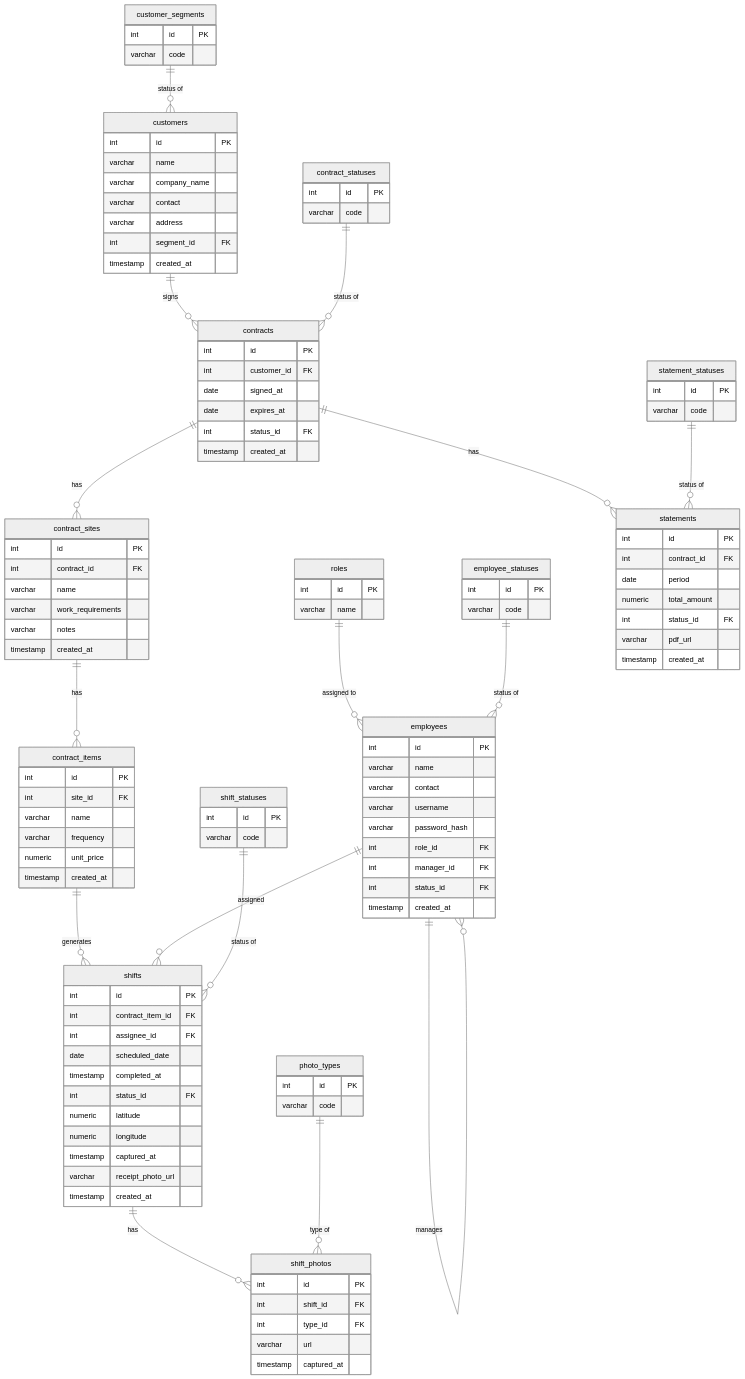
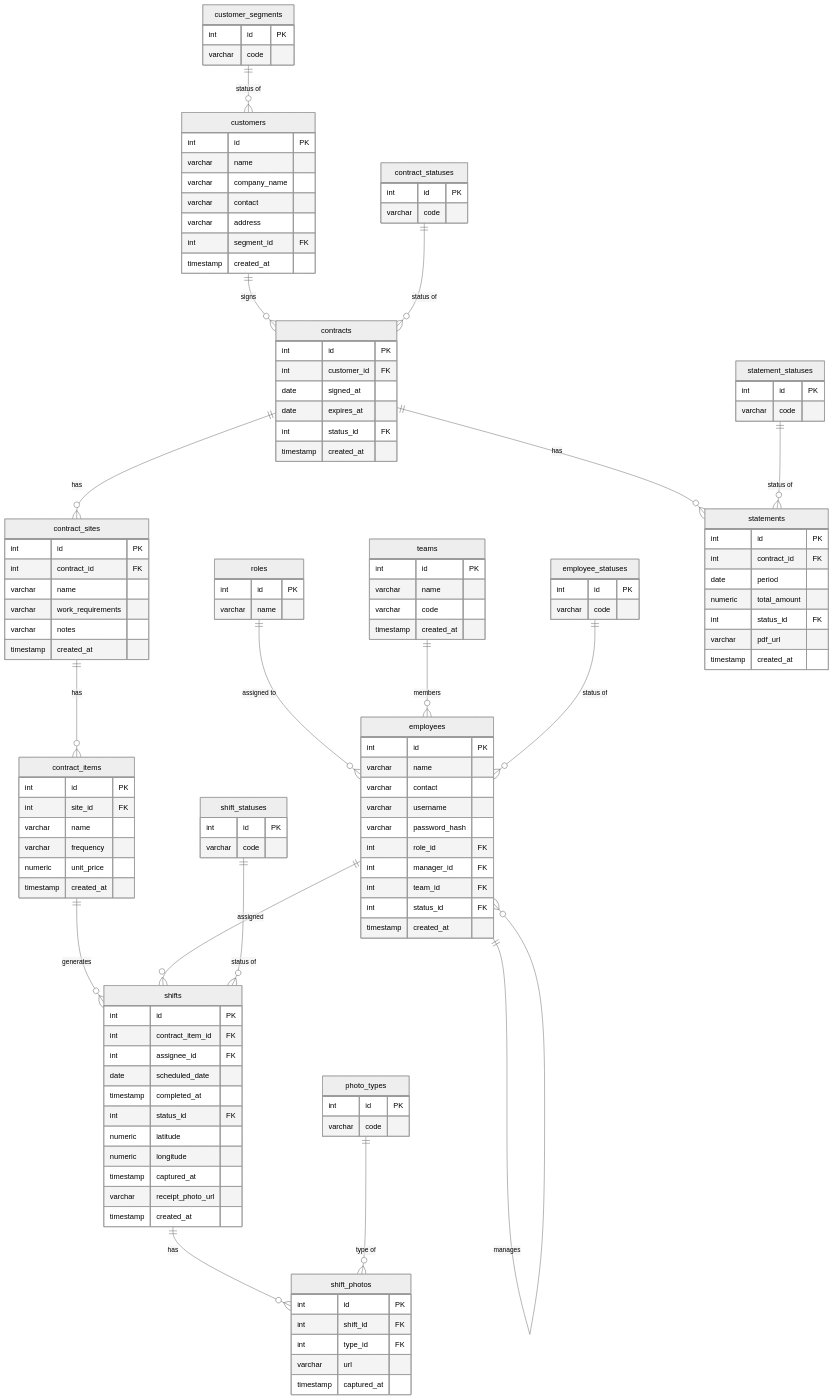
The diagram in db/erd.md (dDxCg/contrack), drawn with Mermaid (neutral theme) before and after one commit. The commit also changed 42 other files, not shown here.

Commit message:
docs: architecture and api spec

```diff
--- a/db/erd.md
+++ b/db/erd.md
@@ -4,6 +4,7 @@
 erDiagram
     roles ||--o{ employees : "assigned to"
     employees ||--o{ employees : "manages"
+    teams ||--o{ employees : "members"
     employee_statuses ||--o{ employees : "status of"
     customer_segments ||--o{ customers : "status of"
     customers ||--o{ contracts : "signs"
@@ -63,6 +64,13 @@
         timestamp created_at
     }
 
+    teams {
+        int id PK
+        varchar name
+        varchar code
+        timestamp created_at
+    }
+
     employees {
         int id PK
         varchar name
@@ -71,6 +79,7 @@
         varchar password_hash
         int role_id FK
         int manager_id FK
+        int team_id FK
         int status_id FK
         timestamp created_at
     }
```
